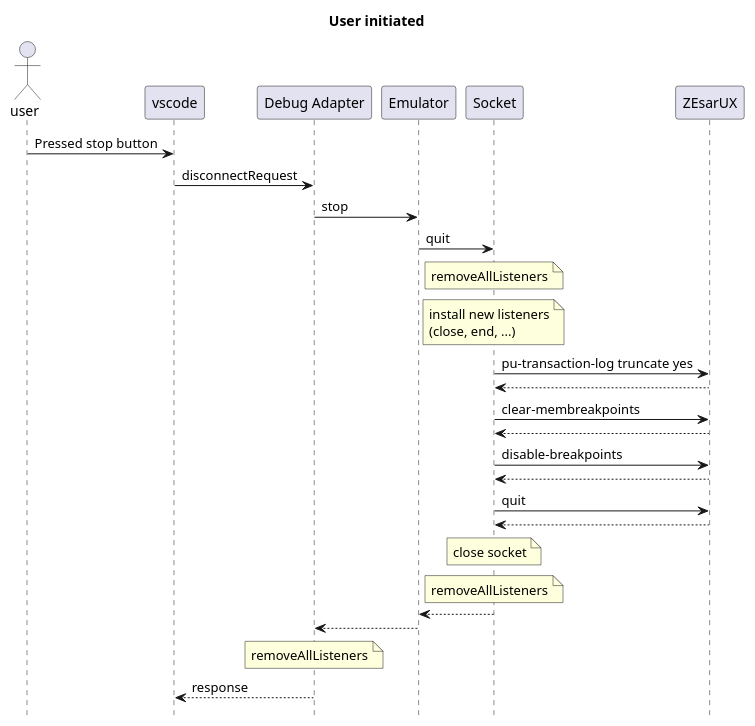
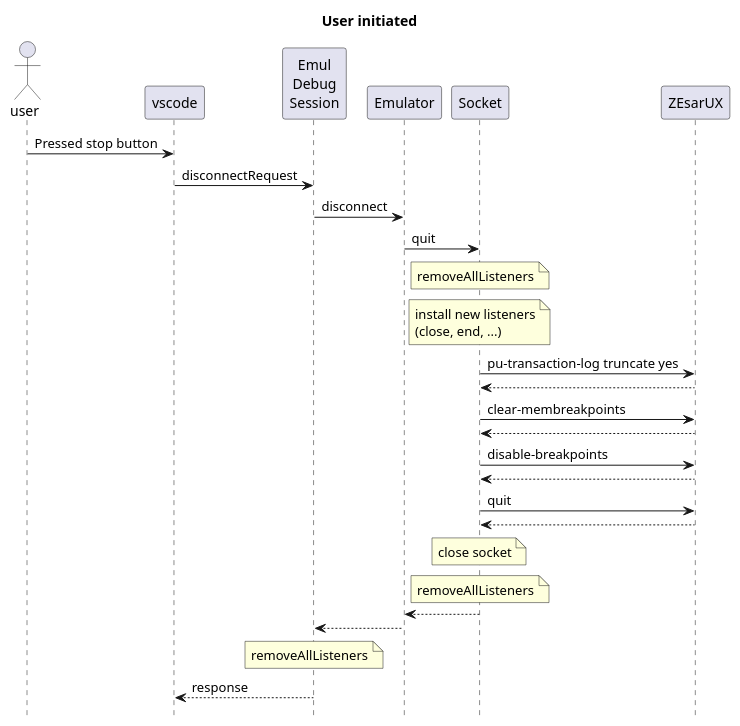
Before and after one commit to maziac/DeZog: the sixth of 9 diagrams in design/design.md, drawn with PlantUML. The commit also changed other lines of this file and 9 other files, not shown here.

````diff
--- a/design/design.md
+++ b/design/design.md
@@ -328,36 +328,33 @@
 ```puml
 hide footbox
 title User initiated
 actor user
 participant vscode
-participant "Debug Adapter" as adapter
+participant "Emul\nDebug\nSession" as session
 participant "Emulator" as emul
 participant "Socket" as socket
 participant "ZEsarUX" as zesarux
 
 user -> vscode: Pressed stop button
-vscode -> adapter: disconnectRequest
-adapter -> emul: stop
+vscode -> session: disconnectRequest
+session -> emul: disconnect
 emul -> socket: quit
 note over socket: removeAllListeners
 note over socket: install new listeners\n(close, end, ...)
 
 socket -> zesarux: pu-transaction-log truncate yes
 socket <-- zesarux
 socket -> zesarux: clear-membreakpoints
 socket <-- zesarux
 socket -> zesarux: disable-breakpoints
 socket <-- zesarux
 socket -> zesarux: quit
 socket <-- zesarux
 note over socket: close socket
 note over socket: removeAllListeners
 emul <-- socket
 
-adapter <-- emul
-note over adapter: removeAllListeners
-vscode <-- adapter: response
-
-'adapter -> adapter: exit
-'vscode <-- adapter: TerminatedEvent (superfluous)
+session <-- emul
+note over session: removeAllListeners
+vscode <-- session: response
 ```
````
